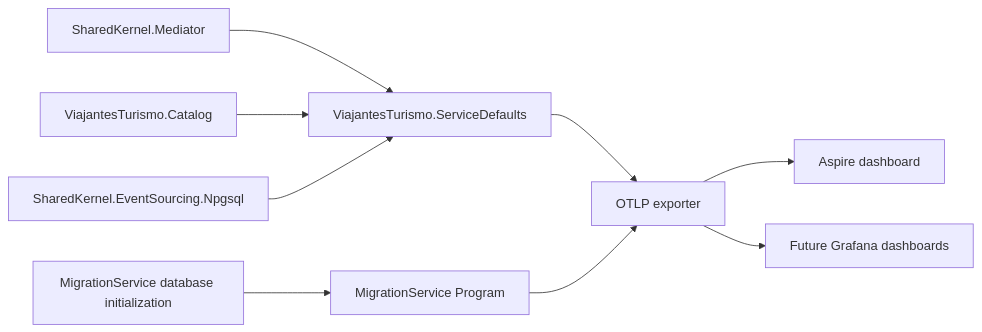
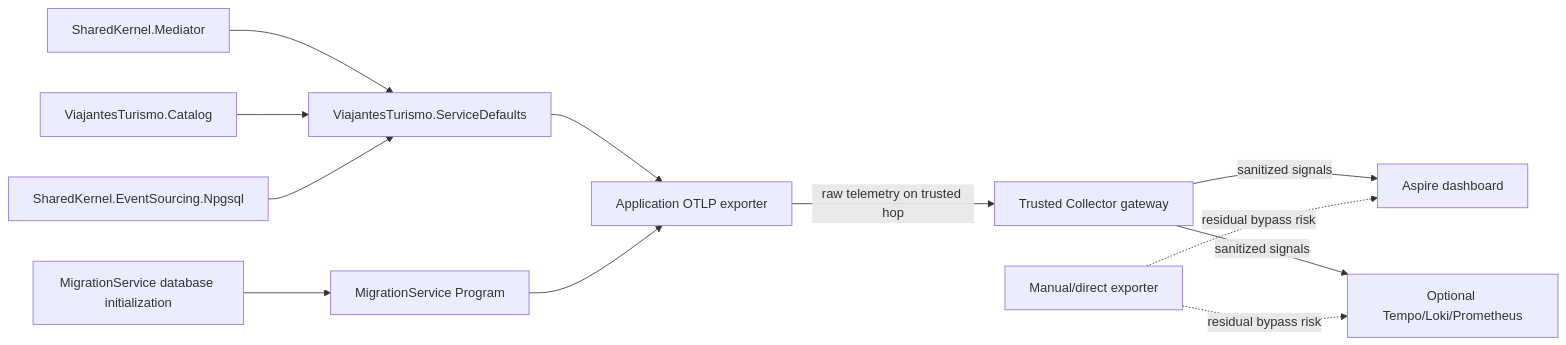
The first of 2 diagrams in docs/architecture/observability-consumption-flows.md (danigutsch/ViajantesTurismo), drawn with Mermaid before and after one commit. The commit also changed other lines of this file and 30 other files, not shown here.

````diff
--- a/docs/architecture/observability-consumption-flows.md
+++ b/docs/architecture/observability-consumption-flows.md
@@ -8,22 +8,27 @@
 ```mermaid
 flowchart LR
     mediator[SharedKernel.Mediator]
     catalog[ViajantesTurismo.Catalog]
     postgres[SharedKernel.EventSourcing.Npgsql]
     migration[MigrationService database initialization]
 
     defaults[ViajantesTurismo.ServiceDefaults]
     migrationStartup[MigrationService Program]
-    otlp[OTLP exporter]
+    otlp[Application OTLP exporter]
+    collector[Trusted Collector gateway]
     aspire[Aspire dashboard]
-    future[Future Grafana dashboards]
+    optional[Optional Tempo/Loki/Prometheus]
+    manual[Manual/direct exporter]
 
     mediator --> defaults
     catalog --> defaults
     postgres --> defaults
     migration --> migrationStartup
     defaults --> otlp
     migrationStartup --> otlp
-    otlp --> aspire
-    otlp --> future
+    otlp -->|raw telemetry on trusted hop| collector
+    collector -->|sanitized signals| aspire
+    collector -->|sanitized signals| optional
+    manual -. residual bypass risk .-> aspire
+    manual -. residual bypass risk .-> optional
 ```
````
